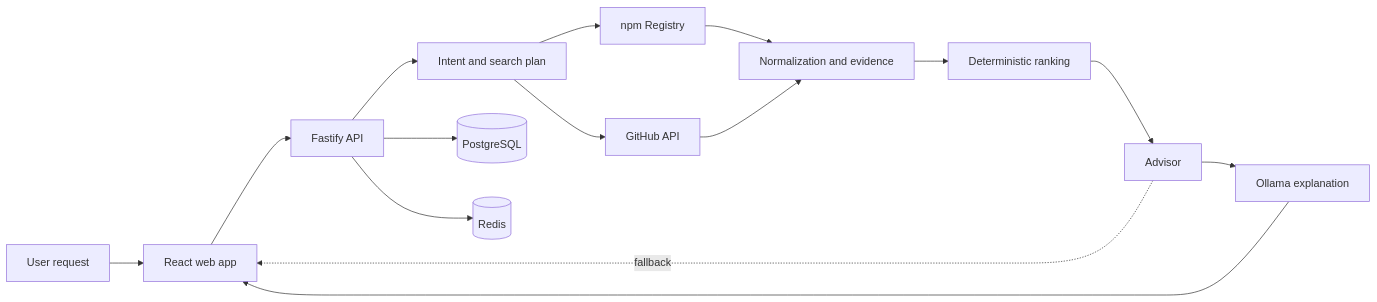
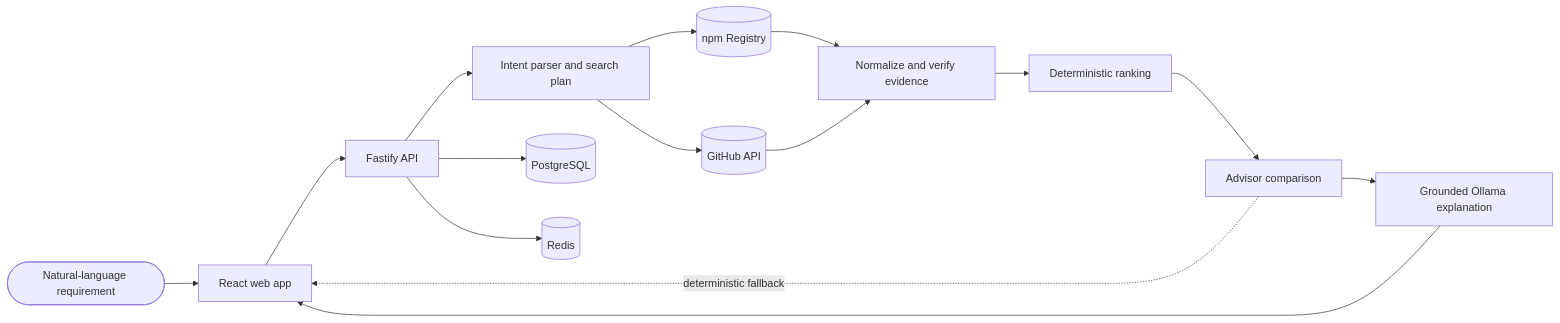
Before and after one commit to zygunay/LibAI: the diagram in README.md, drawn with Mermaid. The commit also changed other lines of this file and 2 other files, not shown here.

````diff
--- a/README.md
+++ b/README.md
@@ -31,17 +40,20 @@
 ```mermaid
 flowchart LR
-    U[User request] --> W[React web app]
+    U([Natural-language requirement]) --> W[React web app]
     W --> A[Fastify API]
-    A --> I[Intent and search plan]
-    I --> N[npm Registry]
-    I --> G[GitHub API]
-    N --> E[Normalization and evidence]
+    A --> I[Intent parser and search plan]
+
+    I --> N[(npm Registry)]
+    I --> G[(GitHub API)]
+
+    N --> E[Normalize and verify evidence]
     G --> E
     E --> R[Deterministic ranking]
-    R --> X[Advisor]
-    X --> O[Ollama explanation]
-    O --> W
-    X -. fallback .-> W
+    R --> D[Advisor comparison]
+    D --> L[Grounded Ollama explanation]
+    L --> W
+    D -. deterministic fallback .-> W
+
     A --> P[(PostgreSQL)]
     A --> C[(Redis)]
 ```
````
